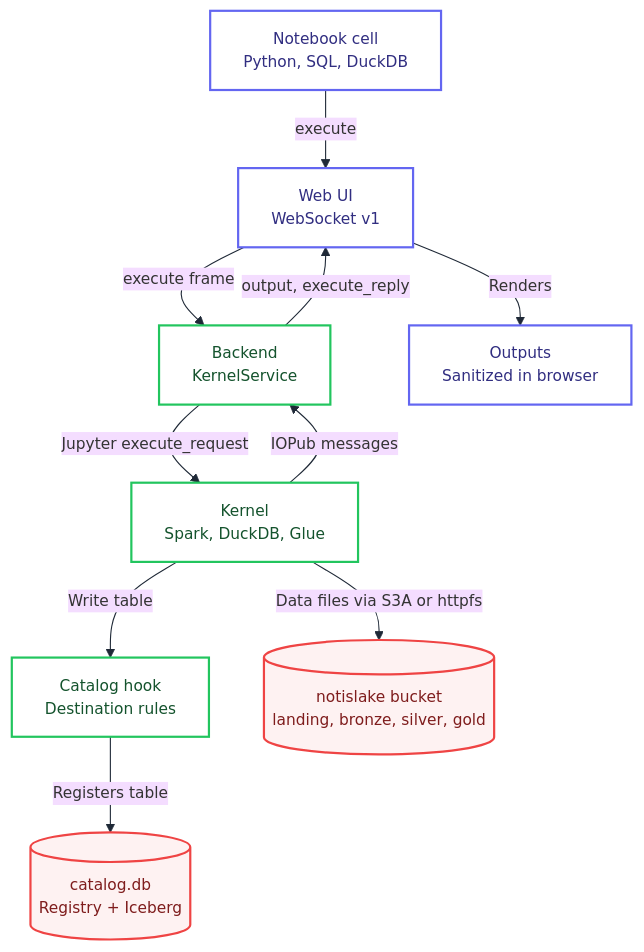
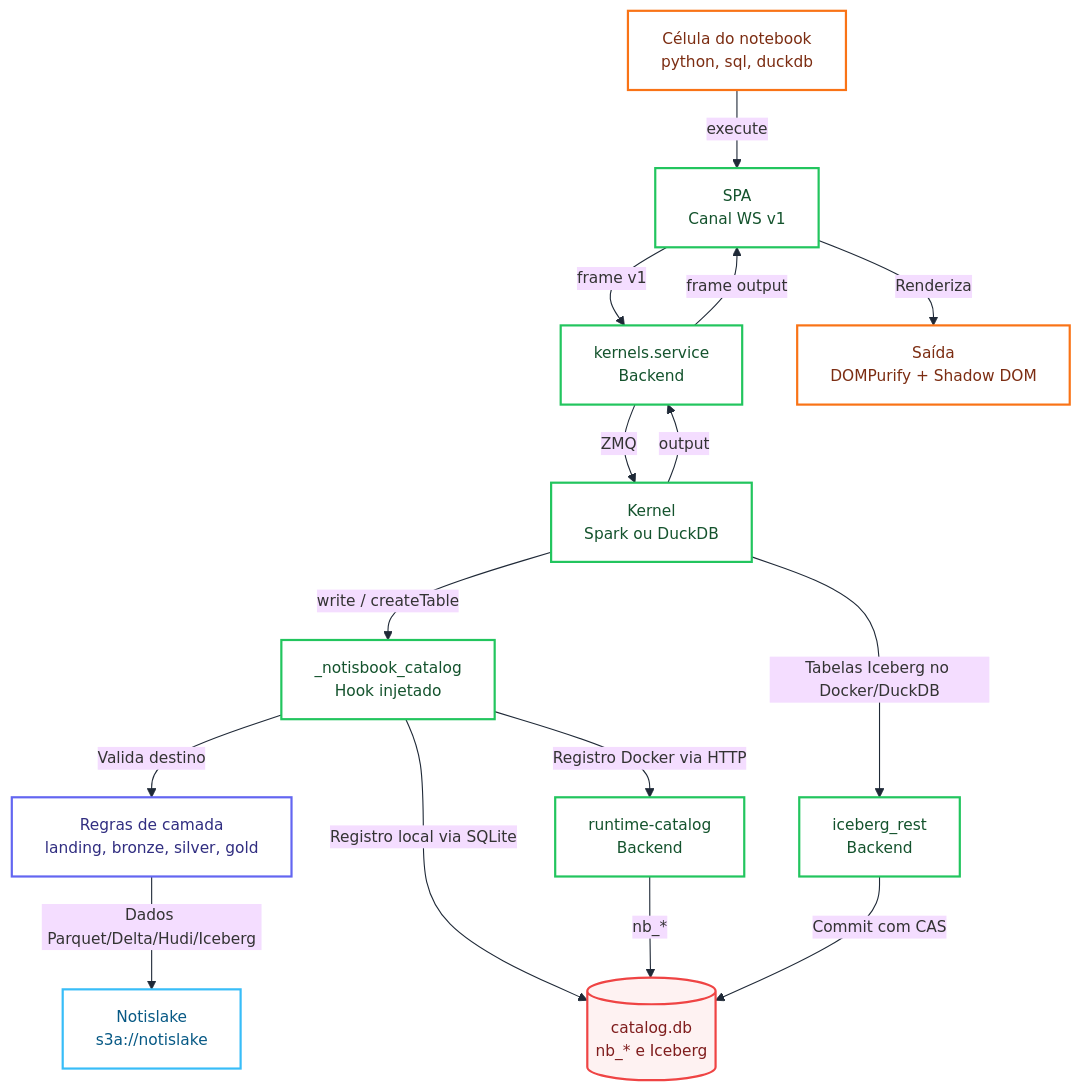
The diagram in docs/arch/data-flow.mmd (ROM-mm/Notisbook), drawn with Mermaid before and after one commit. The commit also changed 7 other files, not shown here.

First line of the commit message:
fix(spark): bind local kernels to loopback only (#15)

```diff
--- a/docs/arch/data-flow.mmd
+++ b/docs/arch/data-flow.mmd
@@ -1,34 +1,44 @@
 %%{init: {"theme":"base",
   "fontFamily":"ui-monospace, SFMono-Regular, Menlo, monospace",
   "themeVariables":{
     "fontSize":"14px","lineColor":"#1F2937",
     "clusterBkg":"#FFFFFF","clusterBorder":"#E2E8F0"}}}%%
 graph TB
-    CELL["Notebook cell<br/>Python, SQL, DuckDB"]
-    UI["Web UI<br/>WebSocket v1"]
-    API["Backend<br/>KernelService"]
-    KERNEL["Kernel<br/>Spark, DuckDB, Glue"]
-    HOOK["Catalog hook<br/>Destination rules"]
-    CATDB[("catalog.db<br/>Registry + Iceberg")]
-    MINIO[("notislake bucket<br/>landing, bronze, silver, gold")]
-    OUT["Outputs<br/>Sanitized in browser"]
+    CELL["Célula do notebook<br/>python, sql, duckdb"]
+    SPA["SPA<br/>Canal WS v1"]
+    KSVC["kernels.service<br/>Backend"]
+    KERNEL["Kernel<br/>Spark ou DuckDB"]
+    HOOK["_notisbook_catalog<br/>Hook injetado"]
+    LAYER["Regras de camada<br/>landing, bronze, silver, gold"]
+    MINIO["Notislake<br/>s3a://notislake"]
+    CATDB[("catalog.db<br/>nb_* e Iceberg")]
+    RTC["runtime-catalog<br/>Backend"]
+    ICE["iceberg_rest<br/>Backend"]
+    OUT["Saída<br/>DOMPurify + Shadow DOM"]
 
-    CELL -->|"execute"| UI
-    UI -->|"execute frame"| API
-    API -->|"Jupyter execute_request"| KERNEL
-    KERNEL -->|"Write table"| HOOK
-    HOOK -->|"Registers table"| CATDB
-    KERNEL -->|"Data files via S3A or httpfs"| MINIO
-    KERNEL -->|"IOPub messages"| API
-    API -->|"output, execute_reply"| UI
-    UI -->|"Renders"| OUT
+    CELL -->|"execute"| SPA
+    SPA -->|"frame v1"| KSVC
+    KSVC -->|"ZMQ"| KERNEL
+    KERNEL -->|"write / createTable"| HOOK
+    HOOK -->|"Valida destino"| LAYER
+    LAYER -->|"Dados Parquet/Delta/Hudi/Iceberg"| MINIO
+    HOOK -->|"Registro local via SQLite"| CATDB
+    HOOK -->|"Registro Docker via HTTP"| RTC
+    RTC -->|"nb_*"| CATDB
+    KERNEL -->|"Tabelas Iceberg no Docker/DuckDB"| ICE
+    ICE -->|"Commit com CAS"| CATDB
+    KERNEL -->|"output"| KSVC
+    KSVC -->|"frame output"| SPA
+    SPA -->|"Renderiza"| OUT
 
     classDef external    fill:#FFFFFF,stroke:#F97316,stroke-width:2px,color:#7C2D12
     classDef integration fill:#FFFFFF,stroke:#6366F1,stroke-width:2px,color:#312E81
     classDef processing  fill:#FFFFFF,stroke:#22C55E,stroke-width:2px,color:#14532D
     classDef persistence fill:#FEF2F2,stroke:#EF4444,stroke-width:2px,color:#7F1D1D
     classDef support     fill:#FFFFFF,stroke:#38BDF8,stroke-width:2px,color:#075985
 
-    class CELL,UI,OUT integration
-    class API,KERNEL,HOOK processing
-    class CATDB,MINIO persistence
+    class CELL,OUT external
+    class SPA,KSVC,KERNEL,HOOK,ICE,RTC processing
+    class LAYER integration
+    class MINIO support
+    class CATDB persistence
```
